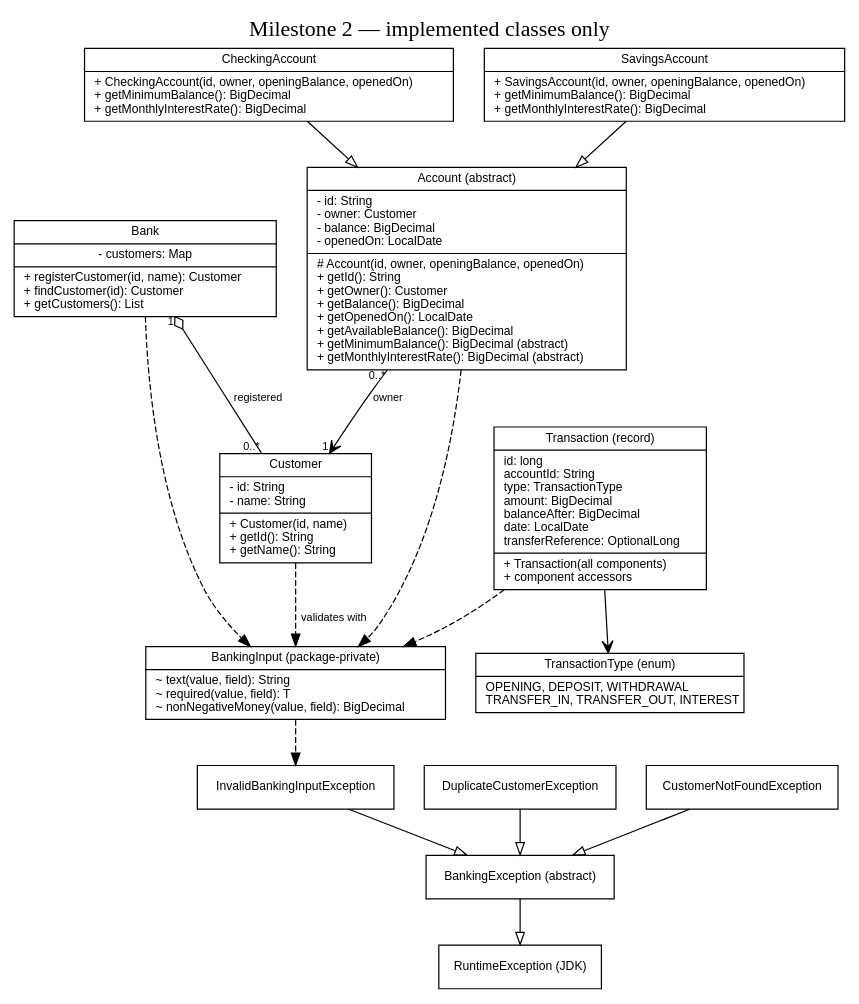
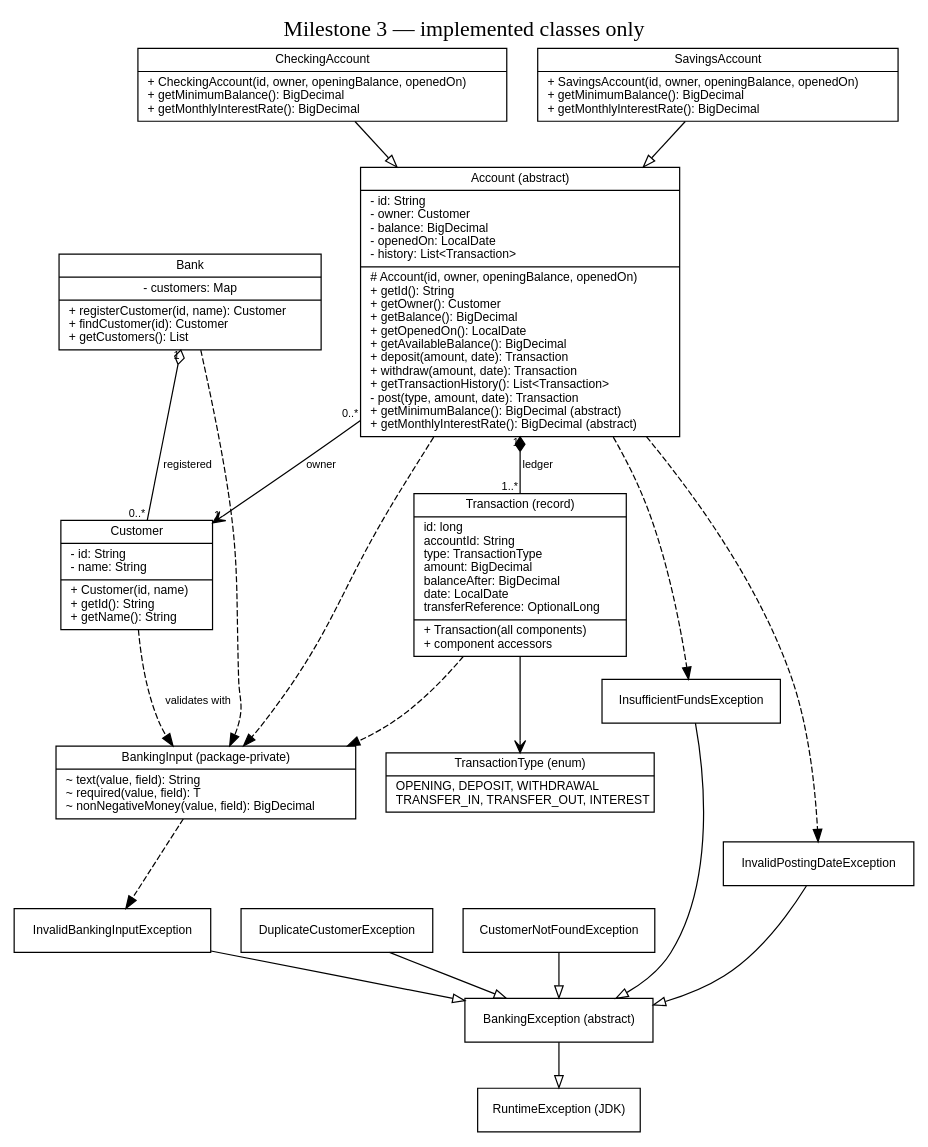
One commit to Mo3azGad/banking-management-system changed the diagram in docs/current-uml.dot. Above: the diagram before and after it, drawn with Graphviz. The commit also changed 15 other files, not shown here.

Commit message:
Implement dated account deposits withdrawals and immutable history

```diff
--- a/docs/current-uml.dot
+++ b/docs/current-uml.dot
@@ -1,32 +1,39 @@
 digraph Current {
- graph [rankdir=TB, label="Milestone 2 — implemented classes only", labelloc=t, fontsize=18, bgcolor="white", nodesep=0.35];
+ graph [rankdir=TB, label="Milestone 3 — implemented classes only", labelloc=t, fontsize=18, bgcolor="white", nodesep=0.35];
  node [shape=record, fontname="Helvetica", fontsize=10];
  edge [fontname="Helvetica", fontsize=9];
  Bank [label="{Bank|- customers: Map|+ registerCustomer(id, name): Customer\l+ findCustomer(id): Customer\l+ getCustomers(): List\l}"];
  Customer [label="{Customer|- id: String\l- name: String\l|+ Customer(id, name)\l+ getId(): String\l+ getName(): String\l}"];
- Account [label="{Account (abstract)|- id: String\l- owner: Customer\l- balance: BigDecimal\l- openedOn: LocalDate\l|# Account(id, owner, openingBalance, openedOn)\l+ getId(): String\l+ getOwner(): Customer\l+ getBalance(): BigDecimal\l+ getOpenedOn(): LocalDate\l+ getAvailableBalance(): BigDecimal\l+ getMinimumBalance(): BigDecimal (abstract)\l+ getMonthlyInterestRate(): BigDecimal (abstract)\l}"];
+ Account [label="{Account (abstract)|- id: String\l- owner: Customer\l- balance: BigDecimal\l- openedOn: LocalDate\l- history: List\<Transaction\>\l|# Account(id, owner, openingBalance, openedOn)\l+ getId(): String\l+ getOwner(): Customer\l+ getBalance(): BigDecimal\l+ getOpenedOn(): LocalDate\l+ getAvailableBalance(): BigDecimal\l+ deposit(amount, date): Transaction\l+ withdraw(amount, date): Transaction\l+ getTransactionHistory(): List\<Transaction\>\l- post(type, amount, date): Transaction\l+ getMinimumBalance(): BigDecimal (abstract)\l+ getMonthlyInterestRate(): BigDecimal (abstract)\l}"];
  CheckingAccount [label="{CheckingAccount|+ CheckingAccount(id, owner, openingBalance, openedOn)\l+ getMinimumBalance(): BigDecimal\l+ getMonthlyInterestRate(): BigDecimal\l}"];
  SavingsAccount [label="{SavingsAccount|+ SavingsAccount(id, owner, openingBalance, openedOn)\l+ getMinimumBalance(): BigDecimal\l+ getMonthlyInterestRate(): BigDecimal\l}"];
  Transaction [label="{Transaction (record)|id: long\laccountId: String\ltype: TransactionType\lamount: BigDecimal\lbalanceAfter: BigDecimal\ldate: LocalDate\ltransferReference: OptionalLong\l|+ Transaction(all components)\l+ component accessors\l}"];
  TransactionType [label="{TransactionType (enum)|OPENING, DEPOSIT, WITHDRAWAL\lTRANSFER_IN, TRANSFER_OUT, INTEREST\l}"];
  BankingInput [label="{BankingInput (package-private)|~ text(value, field): String\l~ required(value, field): T\l~ nonNegativeMoney(value, field): BigDecimal\l}"];
  BankingException [label="BankingException (abstract)"];
  InvalidBankingInputException [label="InvalidBankingInputException"];
  DuplicateCustomerException [label="DuplicateCustomerException"];
  CustomerNotFoundException [label="CustomerNotFoundException"];
+ InsufficientFundsException [label="InsufficientFundsException"];
+ InvalidPostingDateException [label="InvalidPostingDateException"];
  RuntimeException [label="RuntimeException (JDK)"];
  Bank -> Customer [arrowhead=none, arrowtail=odiamond, dir=both, taillabel="1", headlabel="0..*", label="registered"];
  Account -> Customer [arrowhead=vee, taillabel="0..*", headlabel="1", label="owner"];
  CheckingAccount -> Account [arrowhead=empty];
  SavingsAccount -> Account [arrowhead=empty];
+ Account -> Transaction [arrowhead=none, arrowtail=diamond, dir=both, taillabel="1", headlabel="1..*", label="ledger"];
  Transaction -> TransactionType [arrowhead=vee];
  Customer -> BankingInput [style=dashed, label="validates with"];
  Bank -> BankingInput [style=dashed];
  Account -> BankingInput [style=dashed];
  Transaction -> BankingInput [style=dashed];
  InvalidBankingInputException -> BankingException [arrowhead=empty];
  DuplicateCustomerException -> BankingException [arrowhead=empty];
  CustomerNotFoundException -> BankingException [arrowhead=empty];
+ InsufficientFundsException -> BankingException [arrowhead=empty];
+ InvalidPostingDateException -> BankingException [arrowhead=empty];
+ Account -> InsufficientFundsException [style=dashed];
+ Account -> InvalidPostingDateException [style=dashed];
  BankingException -> RuntimeException [arrowhead=empty];
  BankingInput -> InvalidBankingInputException [style=dashed];
 }
```
